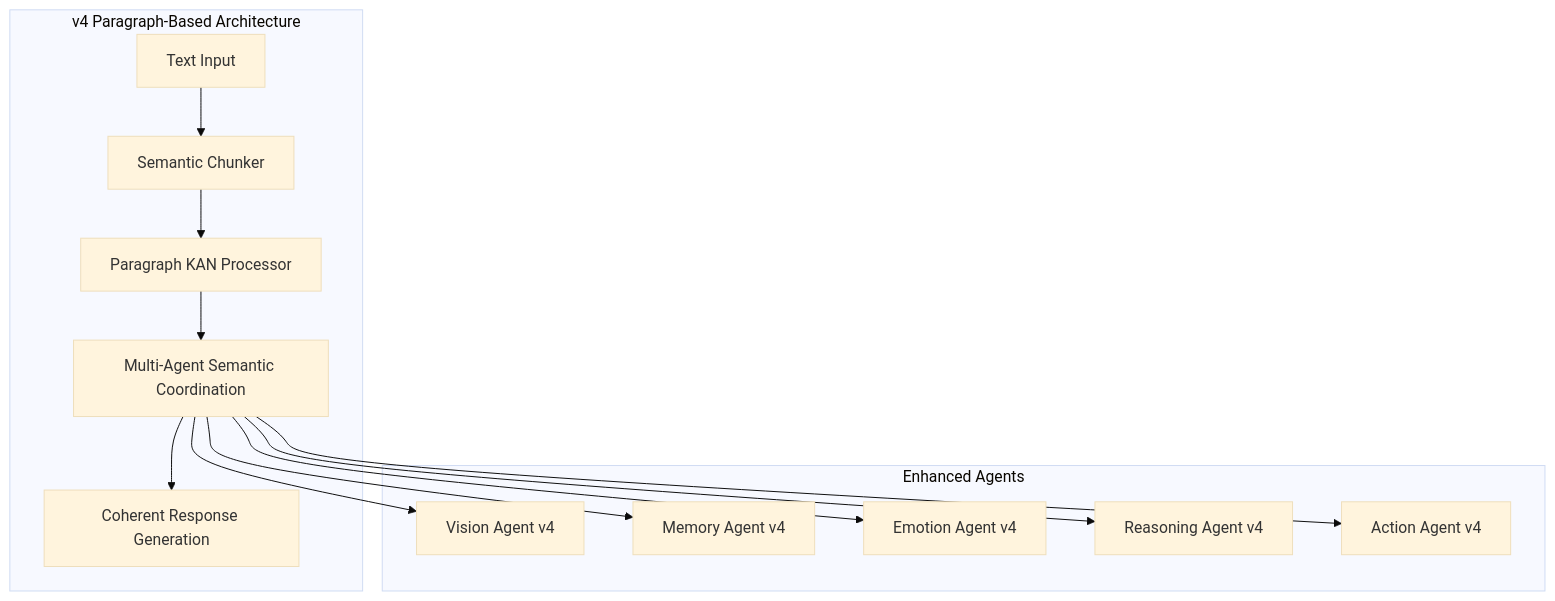
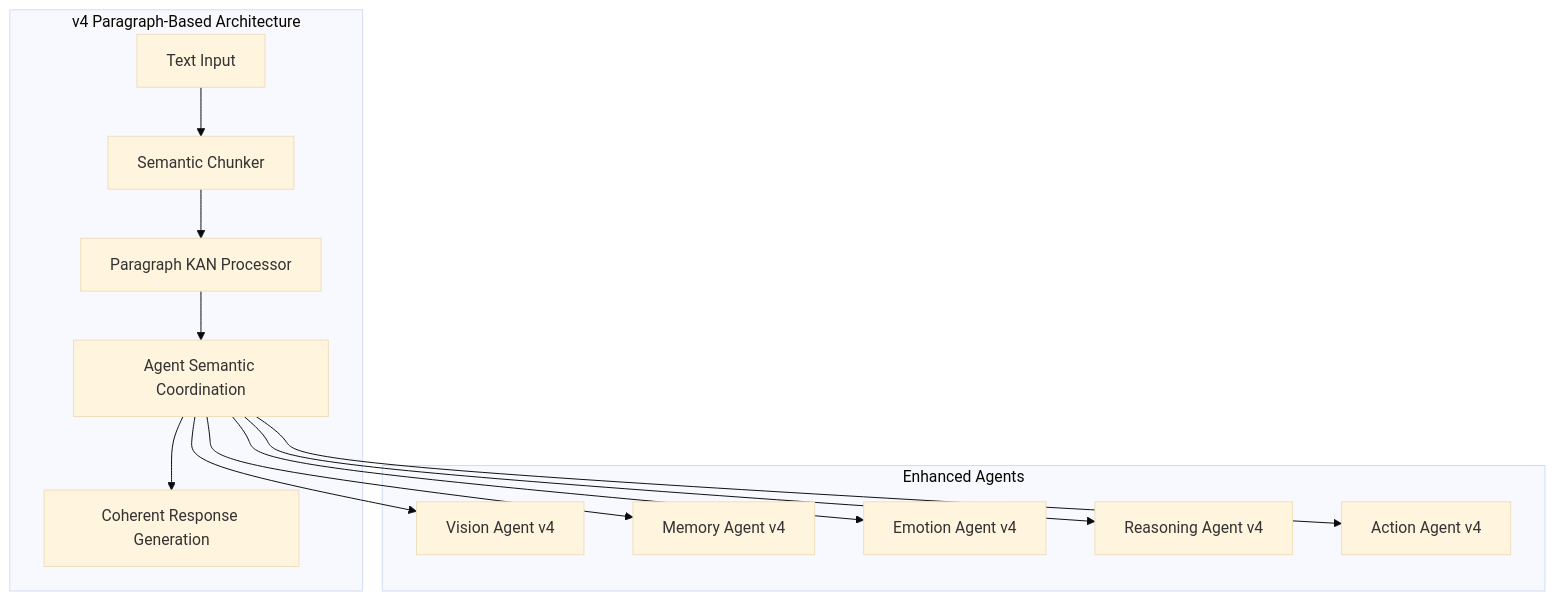
One commit to Organica-Ai-Solutions/NIS_Protocol changed the first of 3 diagrams in docs/NIS_PROTOCOL_V4_V5_V6_BLUEPRINT.md. Above: the diagram before and after it, drawn with Mermaid (base theme). The commit also changed other lines of this file and 37 other files, not shown here.

````diff
--- a/docs/NIS_PROTOCOL_V4_V5_V6_BLUEPRINT.md
+++ b/docs/NIS_PROTOCOL_V4_V5_V6_BLUEPRINT.md
@@ -39,23 +39,23 @@
 ```mermaid
 graph TB
     subgraph "v4 Paragraph-Based Architecture"
         A[Text Input] --> B[Semantic Chunker]
         B --> C[Paragraph KAN Processor]
-        C --> D[Multi-Agent Semantic Coordination]
+        C --> D[Agent Semantic Coordination]
         D --> E[Coherent Response Generation]
     end
     
     subgraph "Enhanced Agents"
         F[Vision Agent v4]
         G[Memory Agent v4] 
         H[Emotion Agent v4]
         I[Reasoning Agent v4]
         J[Action Agent v4]
     end
     
     D --> F
     D --> G
     D --> H
     D --> I
     D --> J
 ```
````
